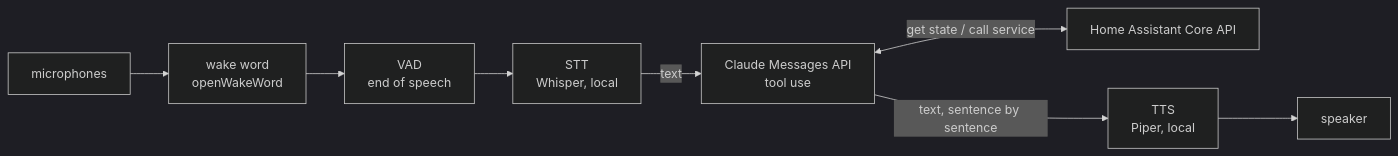
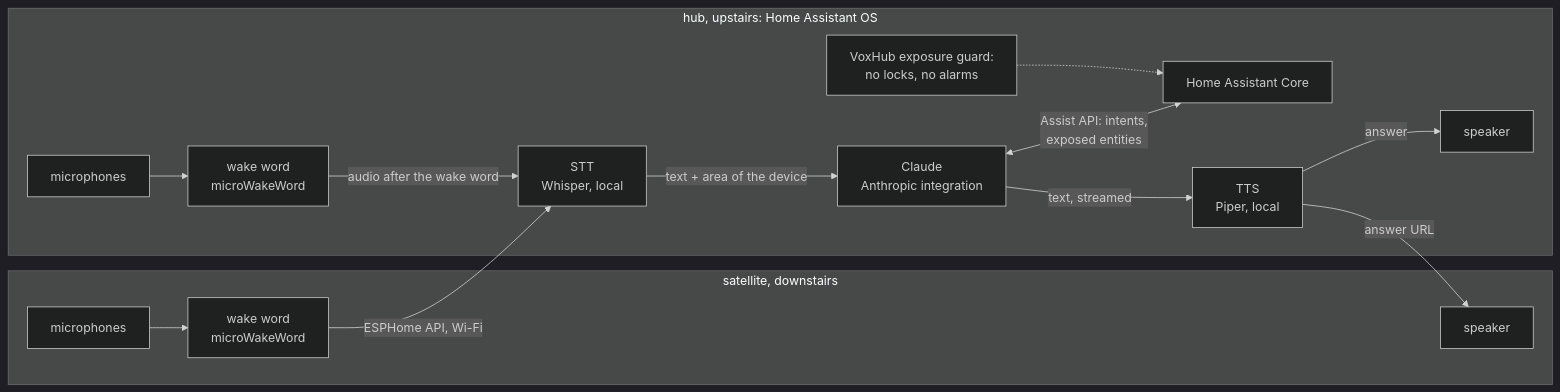
One commit to geilevideossos-gamedev/fable-sbc-test changed the second of 2 diagrams in README.md. Above: the diagram before and after it, drawn with Mermaid (dark theme). The commit also changed other lines of this file and 8 other files, not shown here.

````diff
--- a/README.md
+++ b/README.md
@@ -83,7 +90,19 @@
 ```mermaid
 flowchart LR
-    M[microphones] --> W[wake word<br/>openWakeWord] --> V[VAD<br/>end of speech] --> S[STT<br/>Whisper, local]
-    S -->|text| C[Claude Messages API<br/>tool use]
-    C <-->|get state / call service| HA[Home Assistant Core API]
-    C -->|text, sentence by sentence| T[TTS<br/>Piper, local] --> P[speaker]
+    subgraph SAT[satellite, downstairs]
+        M2[microphones] --> W2[wake word<br/>microWakeWord]
+        P2[speaker]
+    end
+    subgraph HUB[hub, upstairs: Home Assistant OS]
+        M1[microphones] --> W1[wake word<br/>microWakeWord]
+        P1[speaker]
+        S[STT<br/>Whisper, local] -->|text + area of the device| C[Claude<br/>Anthropic integration]
+        C <-->|Assist API: intents,<br/>exposed entities| HA[Home Assistant Core]
+        G[VoxHub exposure guard:<br/>no locks, no alarms] -.-> HA
+        C -->|text, streamed| T[TTS<br/>Piper, local]
+    end
+    W1 -->|audio after the wake word| S
+    W2 -->|ESPHome API, Wi-Fi| S
+    T -->|answer| P1
+    T -->|answer URL| P2
 ```
````
